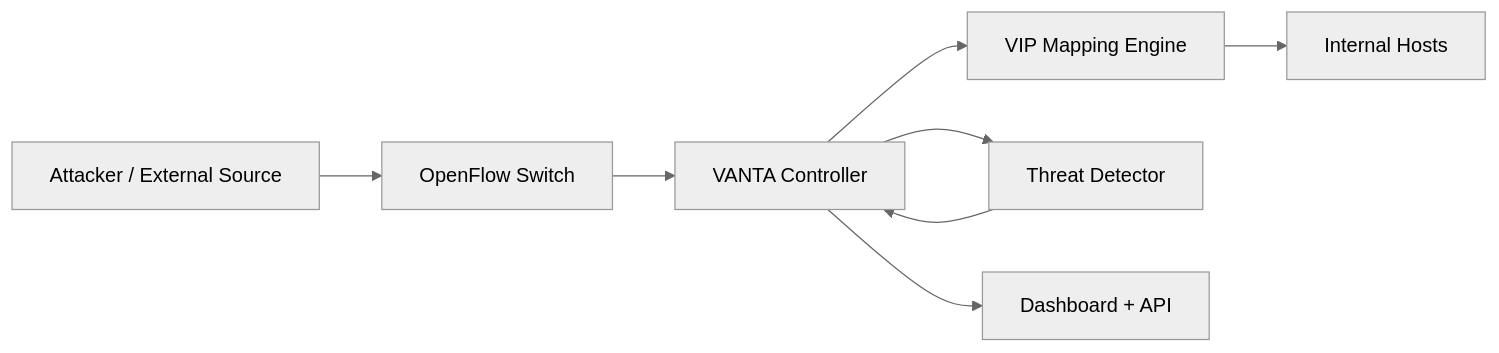
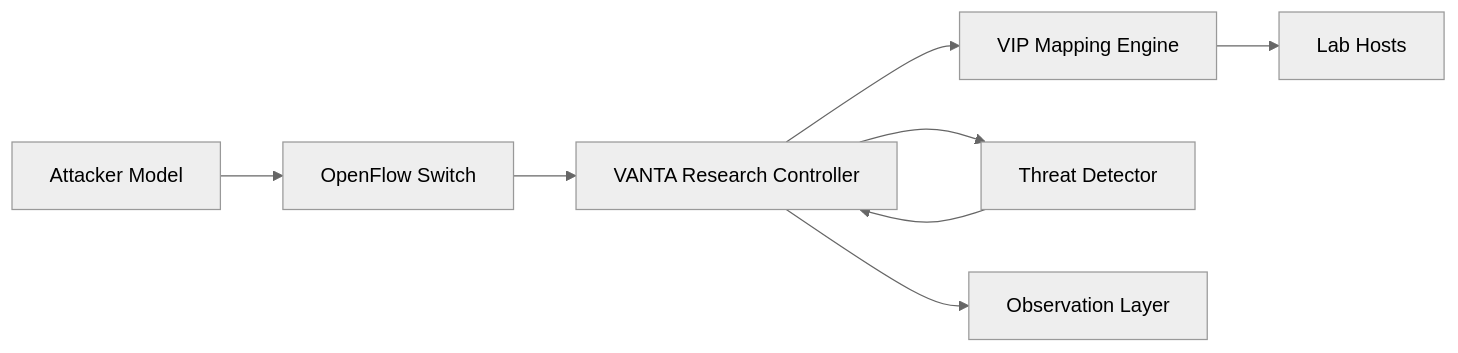
The diagram in project_overview.md (Manishsarkar1/NetWeaver), drawn with Mermaid (neutral theme) before and after one commit. The commit also changed other lines of this file and 30 other files, not shown here.

````diff
--- a/project_overview.md
+++ b/project_overview.md
@@ -34,10 +38,10 @@
 ```mermaid
 flowchart LR
-    A["Attacker / External Source"] --> B["OpenFlow Switch"]
-    B --> C["VANTA Controller"]
+    A["Attacker Model"] --> B["OpenFlow Switch"]
+    B --> C["VANTA Research Controller"]
     C --> D["VIP Mapping Engine"]
     C --> E["Threat Detector"]
-    C --> F["Dashboard + API"]
-    D --> G["Internal Hosts"]
+    C --> F["Observation Layer"]
+    D --> G["Lab Hosts"]
     E --> C
 ```
````
